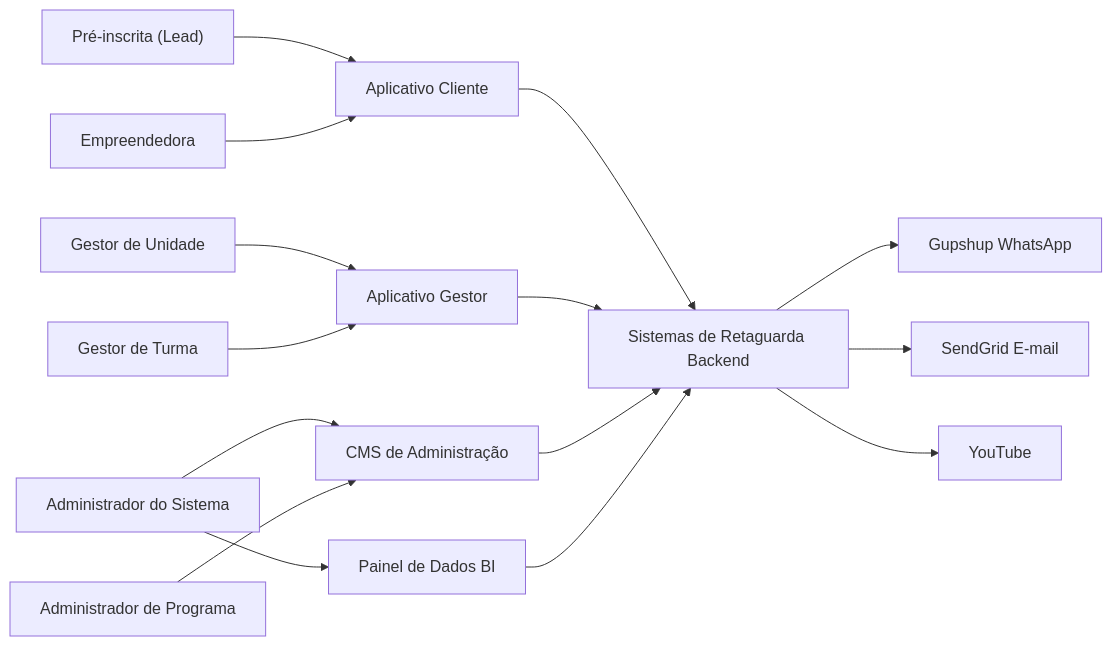
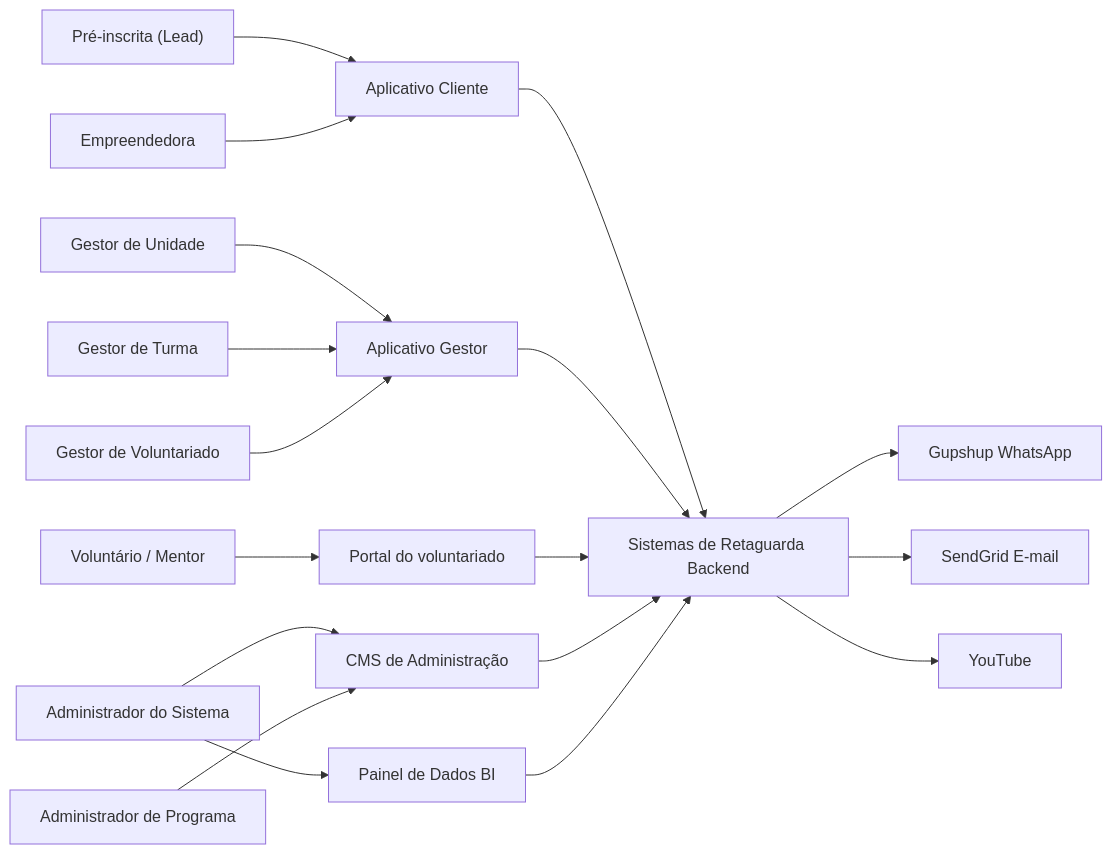
The diagram in Casos de Uso - Consulado da Mulher_v7.md (luciorogeriosp/cm_documentacao), drawn with Mermaid before and after one commit. The commit also changed other lines of this file and 104 other files, not shown here.

````diff
--- a/Casos de Uso - Consulado da Mulher_v7.md
+++ b/Casos de Uso - Consulado da Mulher_v7.md
@@ -260,17 +266,20 @@
 ```mermaid
 flowchart LR
   PI["Pré-inscrita (Lead)"] --> AC[Aplicativo Cliente]
   E[Empreendedora] --> AC
+  VOL[Voluntário / Mentor] --> AV[Portal do voluntariado]
   GU[Gestor de Unidade] --> AG[Aplicativo Gestor]
   GT[Gestor de Turma] --> AG
+  GV[Gestor de Voluntariado] --> AG
   ADM[Administrador do Sistema] --> CMS[CMS de Administração]
   ADM --> BI[Painel de Dados BI]
   ADMP[Administrador de Programa] --> CMS
   AC --> API[Sistemas de Retaguarda Backend]
   AG --> API
+  AV --> API
   CMS --> API
   BI --> API
   API --> GP[Gupshup WhatsApp]
   API --> SG[SendGrid E-mail]
   API --> YT[YouTube]
 ```
````
